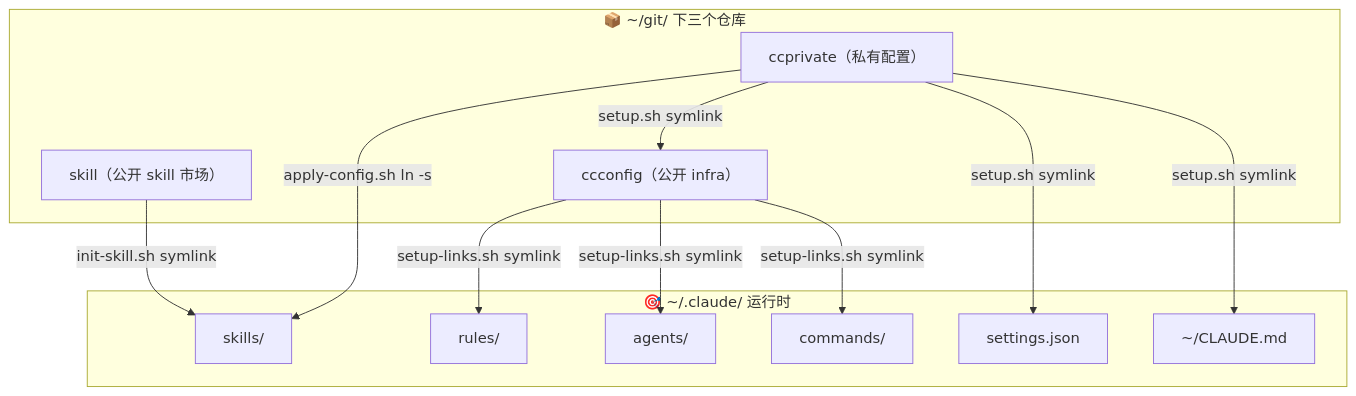
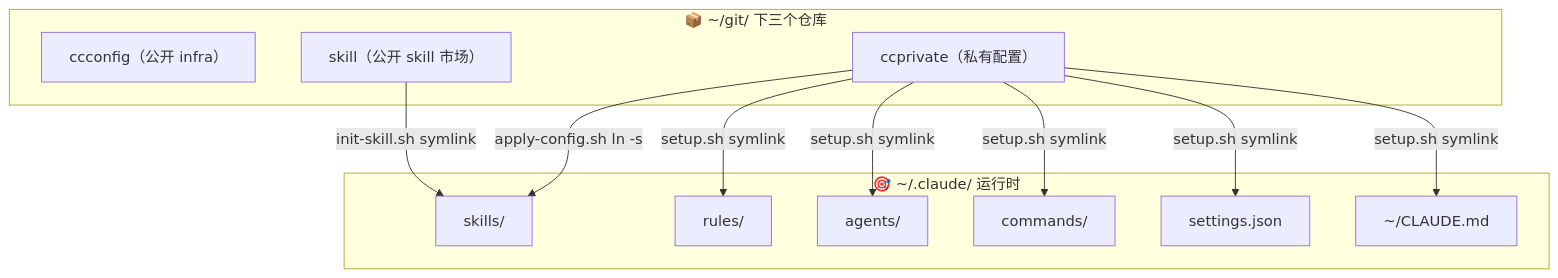
Before and after one commit to mengfanchun2017/ccconfig: the diagram in docs/architecture.md, drawn with Mermaid. The commit also changed other lines of this file and 6 other files, not shown here.

First line of the commit message:
refactor: runtime rules/agents/commands 移入 ccprivate，ccconfig 纯模板

````diff
--- a/docs/architecture.md
+++ b/docs/architecture.md
@@ -21,26 +21,25 @@
 ```mermaid
 flowchart TB
   subgraph repos["📦 ~/git/ 下三个仓库"]
     ccconfig["ccconfig（公开 infra）"]
     skills["skill（公开 skill 市场）"]
     ccprivate["ccprivate（私有配置）"]
   end
 
   subgraph target["🎯 ~/.claude/ 运行时"]
     skills_dir["skills/"]
     rules_dir["rules/"]
     agents_dir["agents/"]
     commands_dir["commands/"]
     settings["settings.json"]
     claude_md["~/CLAUDE.md"]
   end
 
   skills -- "init-skill.sh symlink" --> skills_dir
   ccprivate -- "apply-config.sh ln -s" --> skills_dir
-  ccconfig -- "setup-links.sh symlink" --> rules_dir
-  ccconfig -- "setup-links.sh symlink" --> agents_dir
-  ccconfig -- "setup-links.sh symlink" --> commands_dir
+  ccprivate -- "setup.sh symlink" --> rules_dir
+  ccprivate -- "setup.sh symlink" --> agents_dir
+  ccprivate -- "setup.sh symlink" --> commands_dir
   ccprivate -- "setup.sh symlink" --> settings
   ccprivate -- "setup.sh symlink" --> claude_md
-  ccprivate -- "setup.sh symlink" --> ccconfig
 ```
````
